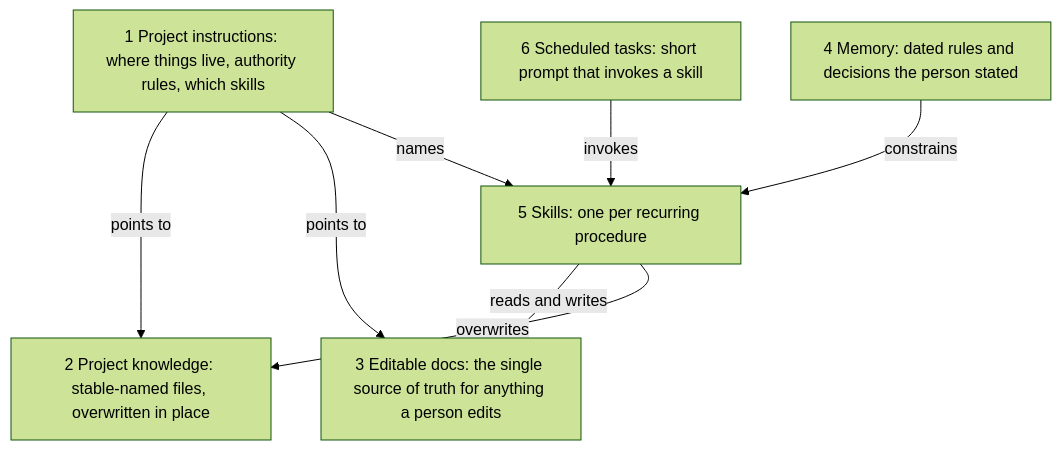
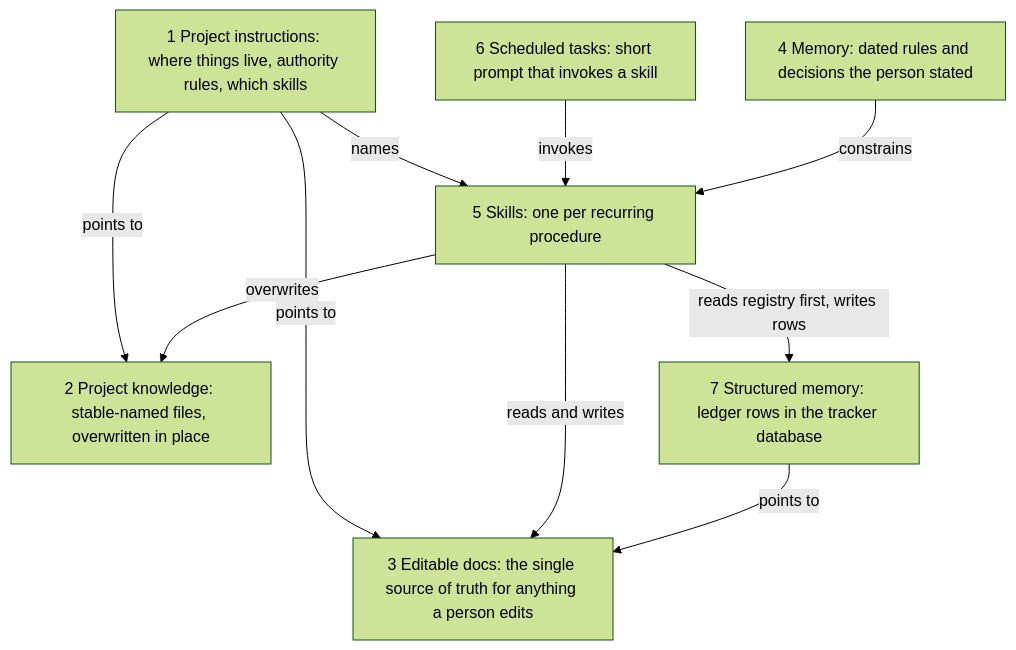
The first of 3 diagrams in docs/architecture.md (aliomraniH/application-organizer), drawn with Mermaid (forest theme) before and after one commit. The commit also changed other lines of this file and 7 other files, not shown here.

First line of the commit message:
v2 docs: brief, changelog, structured memory, data, capabilities, lessons 11-15

````diff
--- a/docs/architecture.md
+++ b/docs/architecture.md
@@ -7,16 +9,19 @@
 ```mermaid
 flowchart TB
     I["1 Project instructions: where things live, authority rules, which skills"]
     K["2 Project knowledge: stable-named files, overwritten in place"]
     D["3 Editable docs: the single source of truth for anything a person edits"]
     M["4 Memory: dated rules and decisions the person stated"]
     S["5 Skills: one per recurring procedure"]
     T["6 Scheduled tasks: short prompt that invokes a skill"]
+    L["7 Structured memory: ledger rows in the tracker database"]
     I -->|points to| K
     I -->|points to| D
     I -->|names| S
     T -->|invokes| S
     S -->|reads and writes| D
     S -->|overwrites| K
     M -->|constrains| S
+    S -->|reads registry first, writes rows| L
+    L -->|points to| D
 ```
````
